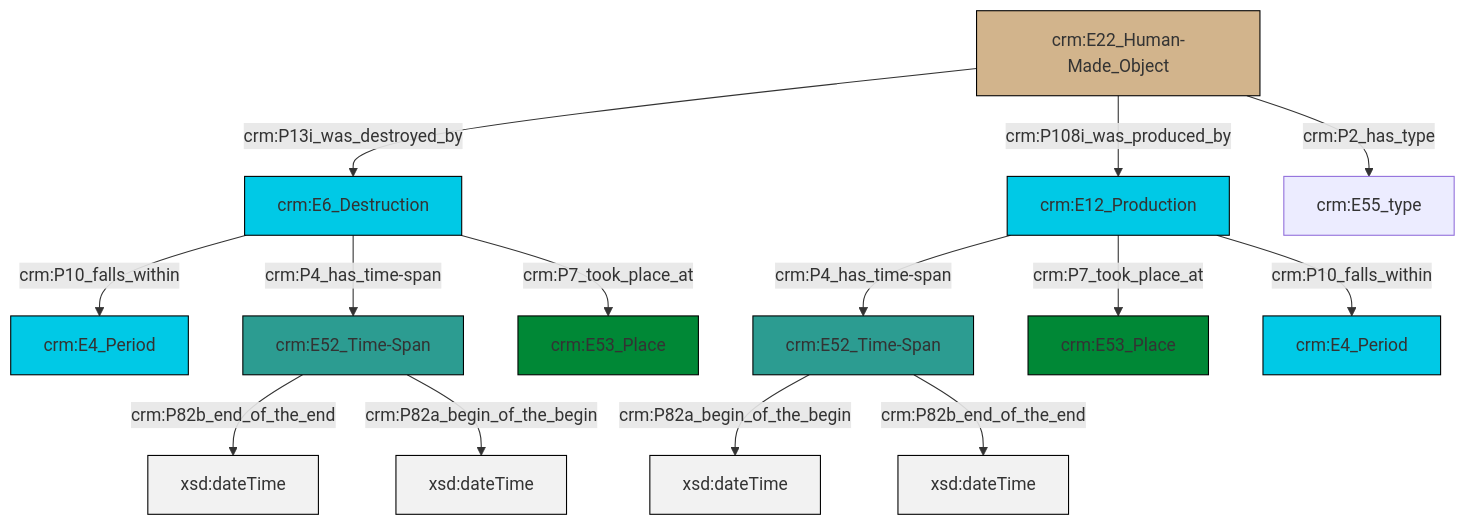
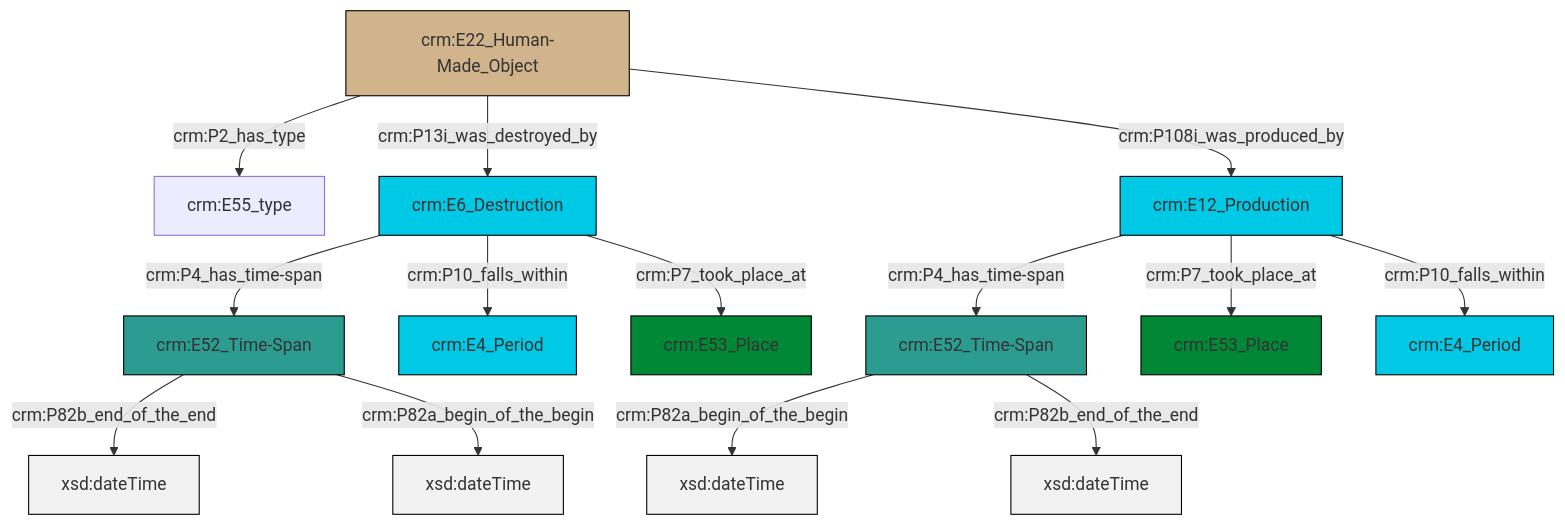
Before and after one commit to swiss-art-research-net/docs.swissartresearch: the diagram in et/builtWorkCSV/ttl/mmd/Built_Work_existence.ttl.mmd, drawn with Mermaid. The commit also changed 179 other files, not shown here.

```diff
--- a/et/builtWorkCSV/ttl/mmd/Built_Work_existence.ttl.mmd
+++ b/et/builtWorkCSV/ttl/mmd/Built_Work_existence.ttl.mmd
@@ -1,28 +1,28 @@
 graph TD
 classDef Literal fill:#f2f2f2,stroke:#000000;
 classDef CRM_Entity fill:#FFFFFF,stroke:#000000;
 classDef Temporal_Entity fill:#00C9E6, stroke:#000000;
 classDef Type fill:#E18312, stroke:#000000;
 classDef Time-Span fill:#2C9C91, stroke:#000000;
 classDef Appellation fill:#FFEB7F, stroke:#000000;
 classDef Place fill:#008836, stroke:#000000;
 classDef Persistent_Item fill:#B266B2, stroke:#000000;
 classDef Conceptual_Object fill:#FFD700, stroke:#000000;
 classDef Physical_Thing fill:#D2B48C, stroke:#000000;
 classDef Actor fill:#f58aad, stroke:#000000;
 classDef PC_Classes fill:#4ce600, stroke:#000000;
 classDef Multi fill:#cccccc,stroke:#000000;
 
-4["crm:E22_Human-Made_Object"]:::Physical_Thing -->|crm:P13i_was_destroyed_by| 5["crm:E6_Destruction"]:::Temporal_Entity
-5["crm:E6_Destruction"]:::Temporal_Entity -->|crm:P10_falls_within| 0["crm:E4_Period"]:::Temporal_Entity
-7["crm:E12_Production"]:::Temporal_Entity -->|crm:P4_has_time-span| 8["crm:E52_Time-Span"]:::Time-Span
-11["crm:E52_Time-Span"]:::Time-Span -->|crm:P82b_end_of_the_end| 13[xsd:dateTime]:::Literal
-7["crm:E12_Production"]:::Temporal_Entity -->|crm:P7_took_place_at| 14["crm:E53_Place"]:::Place
-4["crm:E22_Human-Made_Object"]:::Physical_Thing -->|crm:P108i_was_produced_by| 7["crm:E12_Production"]:::Temporal_Entity
-8["crm:E52_Time-Span"]:::Time-Span -->|crm:P82a_begin_of_the_begin| 16[xsd:dateTime]:::Literal
-5["crm:E6_Destruction"]:::Temporal_Entity -->|crm:P4_has_time-span| 11["crm:E52_Time-Span"]:::Time-Span
-8["crm:E52_Time-Span"]:::Time-Span -->|crm:P82b_end_of_the_end| 17[xsd:dateTime]:::Literal
-7["crm:E12_Production"]:::Temporal_Entity -->|crm:P10_falls_within| 2["crm:E4_Period"]:::Temporal_Entity
-5["crm:E6_Destruction"]:::Temporal_Entity -->|crm:P7_took_place_at| 9["crm:E53_Place"]:::Place
-11["crm:E52_Time-Span"]:::Time-Span -->|crm:P82a_begin_of_the_begin| 21[xsd:dateTime]:::Literal
-4["crm:E22_Human-Made_Object"]:::Physical_Thing -->|crm:P2_has_type| 22["crm:E55_type"]:::Default
+0["crm:E22_Human-Made_Object"]:::Physical_Thing -->|crm:P2_has_type| 1["crm:E55_type"]:::Default
+4["crm:E6_Destruction"]:::Temporal_Entity -->|crm:P4_has_time-span| 5["crm:E52_Time-Span"]:::Time-Span
+0["crm:E22_Human-Made_Object"]:::Physical_Thing -->|crm:P13i_was_destroyed_by| 4["crm:E6_Destruction"]:::Temporal_Entity
+15["crm:E12_Production"]:::Temporal_Entity -->|crm:P4_has_time-span| 13["crm:E52_Time-Span"]:::Time-Span
+13["crm:E52_Time-Span"]:::Time-Span -->|crm:P82a_begin_of_the_begin| 16[xsd:dateTime]:::Literal
+0["crm:E22_Human-Made_Object"]:::Physical_Thing -->|crm:P108i_was_produced_by| 15["crm:E12_Production"]:::Temporal_Entity
+4["crm:E6_Destruction"]:::Temporal_Entity -->|crm:P10_falls_within| 8["crm:E4_Period"]:::Temporal_Entity
+15["crm:E12_Production"]:::Temporal_Entity -->|crm:P7_took_place_at| 2["crm:E53_Place"]:::Place
+5["crm:E52_Time-Span"]:::Time-Span -->|crm:P82b_end_of_the_end| 18[xsd:dateTime]:::Literal
+13["crm:E52_Time-Span"]:::Time-Span -->|crm:P82b_end_of_the_end| 19[xsd:dateTime]:::Literal
+15["crm:E12_Production"]:::Temporal_Entity -->|crm:P10_falls_within| 6["crm:E4_Period"]:::Temporal_Entity
+5["crm:E52_Time-Span"]:::Time-Span -->|crm:P82a_begin_of_the_begin| 21[xsd:dateTime]:::Literal
+4["crm:E6_Destruction"]:::Temporal_Entity -->|crm:P7_took_place_at| 10["crm:E53_Place"]:::Place
```
